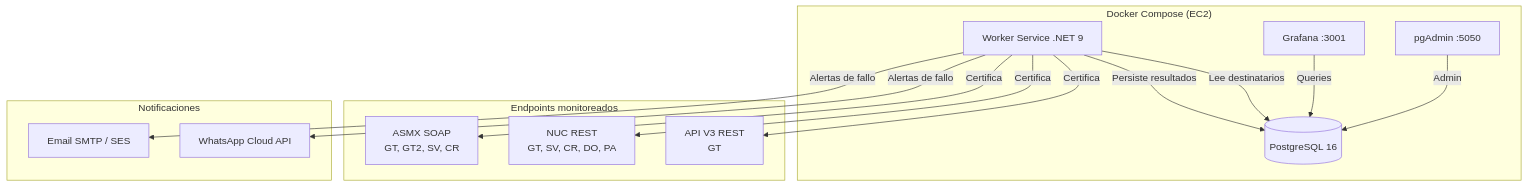
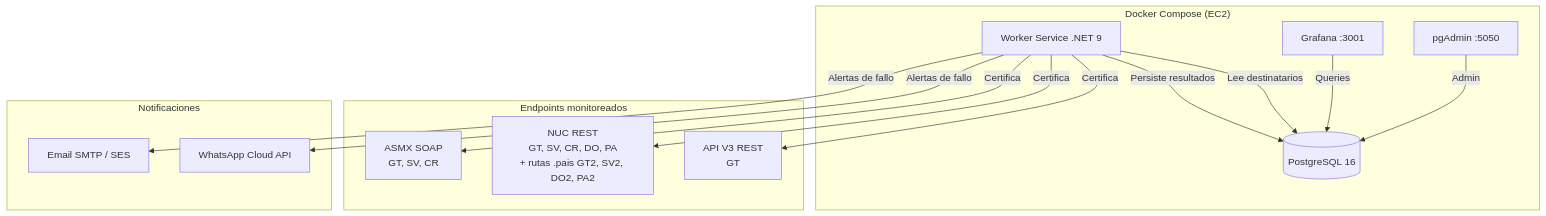
The diagram in README.md (alehernandezdf/RegionalCertMonitor), drawn with Mermaid before and after one commit. The commit also changed other lines of this file and 1 other file, not shown here.

Commit message:
[AHL][BE-672] fix - Apagar GT2 ASMX: duplicaba alertas de la ruta .com.gt que ya vigila GT2 NUC
AsmxEndpoint vacio: el orquestador salta la certificacion ASMX (igual que DO/PA). Para reactivarlo basta reponer el endpoint en appsettings.GT2.json.

````diff
--- a/README.md
+++ b/README.md
@@ -41,30 +41,30 @@
 ```mermaid
 graph TB
     subgraph "Docker Compose (EC2)"
         WS[Worker Service .NET 9]
         PG[(PostgreSQL 16)]
         GF[Grafana :3001]
         PGA[pgAdmin :5050]
     end
 
     subgraph "Endpoints monitoreados"
-        ASMX[ASMX SOAP<br/>GT, GT2, SV, CR]
-        NUC[NUC REST<br/>GT, SV, CR, DO, PA]
+        ASMX[ASMX SOAP<br/>GT, SV, CR]
+        NUC[NUC REST<br/>GT, SV, CR, DO, PA<br/>+ rutas .pais GT2, SV2, DO2, PA2]
         API[API V3 REST<br/>GT]
     end
 
     subgraph "Notificaciones"
         SES[Email SMTP / SES]
         WA[WhatsApp Cloud API]
     end
 
     WS -->|Certifica| ASMX
     WS -->|Certifica| NUC
     WS -->|Certifica| API
     WS -->|Persiste resultados| PG
     WS -->|Alertas de fallo| SES
     WS -->|Alertas de fallo| WA
     WS -->|Lee destinatarios| PG
     GF -->|Queries| PG
     PGA -->|Admin| PG
 ```
````
